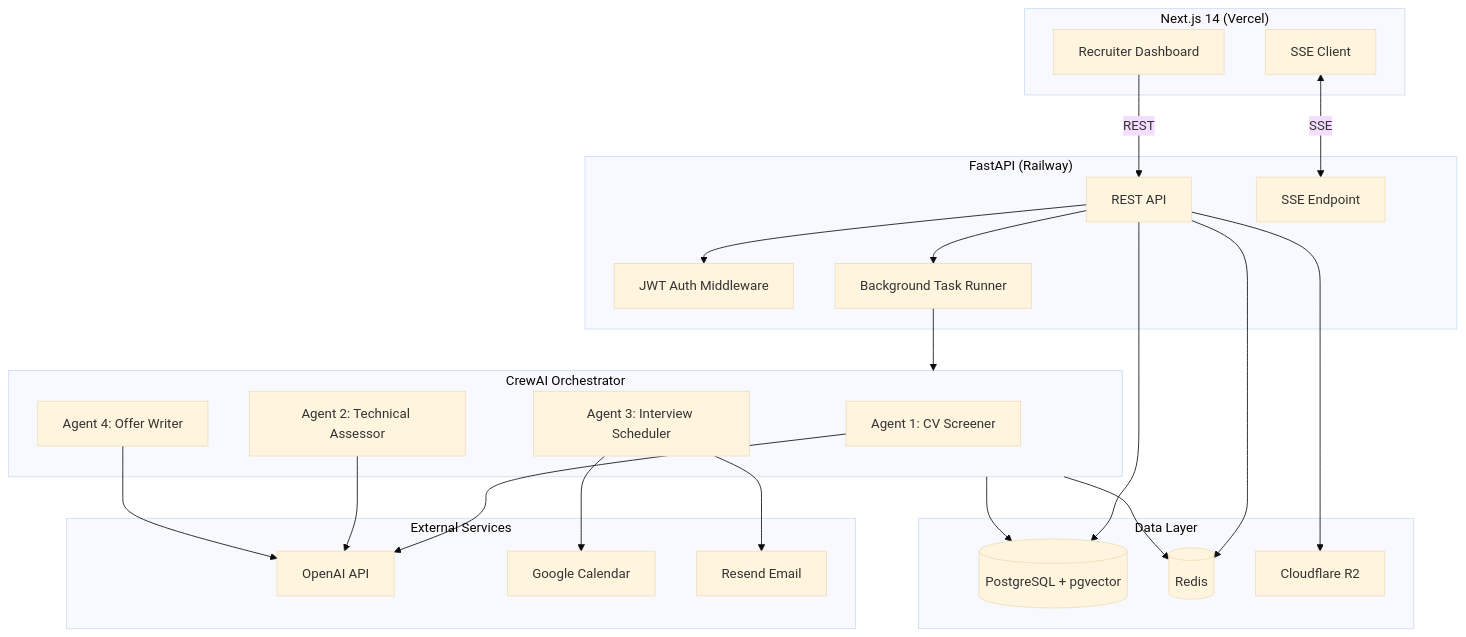
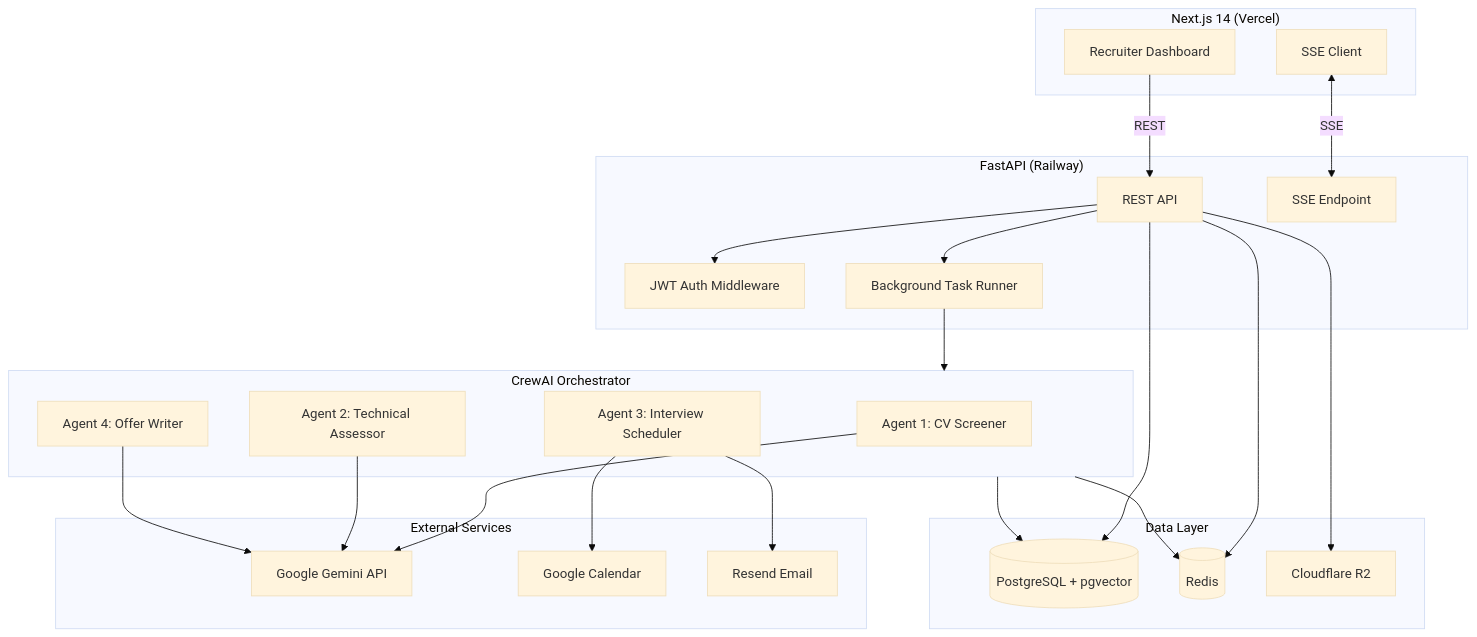
Before and after one commit to Aditya-Kumar-Sahu/hireIQ: the first of 3 diagrams in README.md, drawn with Mermaid (base theme). The commit also changed other lines of this file and 11 other files, not shown here.

Commit message:
feat: migrate from OpenAI to Google Gemini for embeddings and reasoning

````diff
--- a/README.md
+++ b/README.md
@@ -90,49 +90,49 @@
 ```mermaid
 flowchart TB
     subgraph Frontend["Next.js 14 (Vercel)"]
         UI["Recruiter Dashboard"]
         SSEClient["SSE Client"]
     end
 
     subgraph Backend["FastAPI (Railway)"]
         API["REST API"]
         SSEServer["SSE Endpoint"]
         Auth["JWT Auth Middleware"]
         BG["Background Task Runner"]
     end
 
     subgraph Agents["CrewAI Orchestrator"]
         A1["Agent 1: CV Screener"]
         A2["Agent 2: Technical Assessor"]
         A3["Agent 3: Interview Scheduler"]
         A4["Agent 4: Offer Writer"]
     end
 
     subgraph Data["Data Layer"]
         PG[("PostgreSQL + pgvector")]
         RD[("Redis")]
         R2["Cloudflare R2"]
     end
 
     subgraph External["External Services"]
-        OAI["OpenAI API"]
+        Gemini["Google Gemini API"]
         GCal["Google Calendar"]
         Resend["Resend Email"]
     end
 
     UI -->|REST| API
     SSEClient <-->|SSE| SSEServer
     API --> Auth
     API --> BG
     BG --> Agents
-    A1 --> OAI
-    A2 --> OAI
+    A1 --> Gemini
+    A2 --> Gemini
     A3 --> GCal
     A3 --> Resend
-    A4 --> OAI
+    A4 --> Gemini
     Agents --> PG
     Agents --> RD
     API --> PG
     API --> RD
     API --> R2
 ```
````
